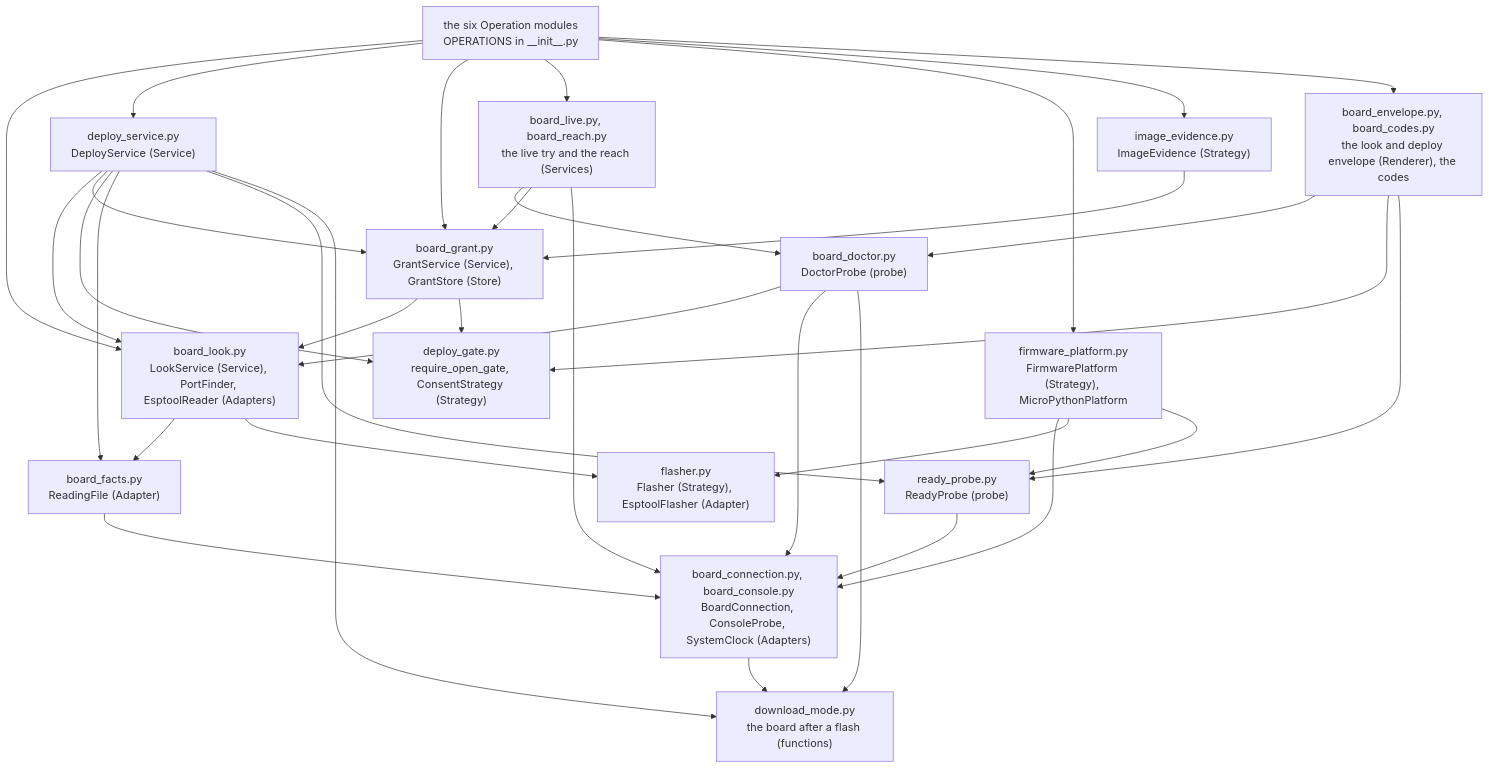
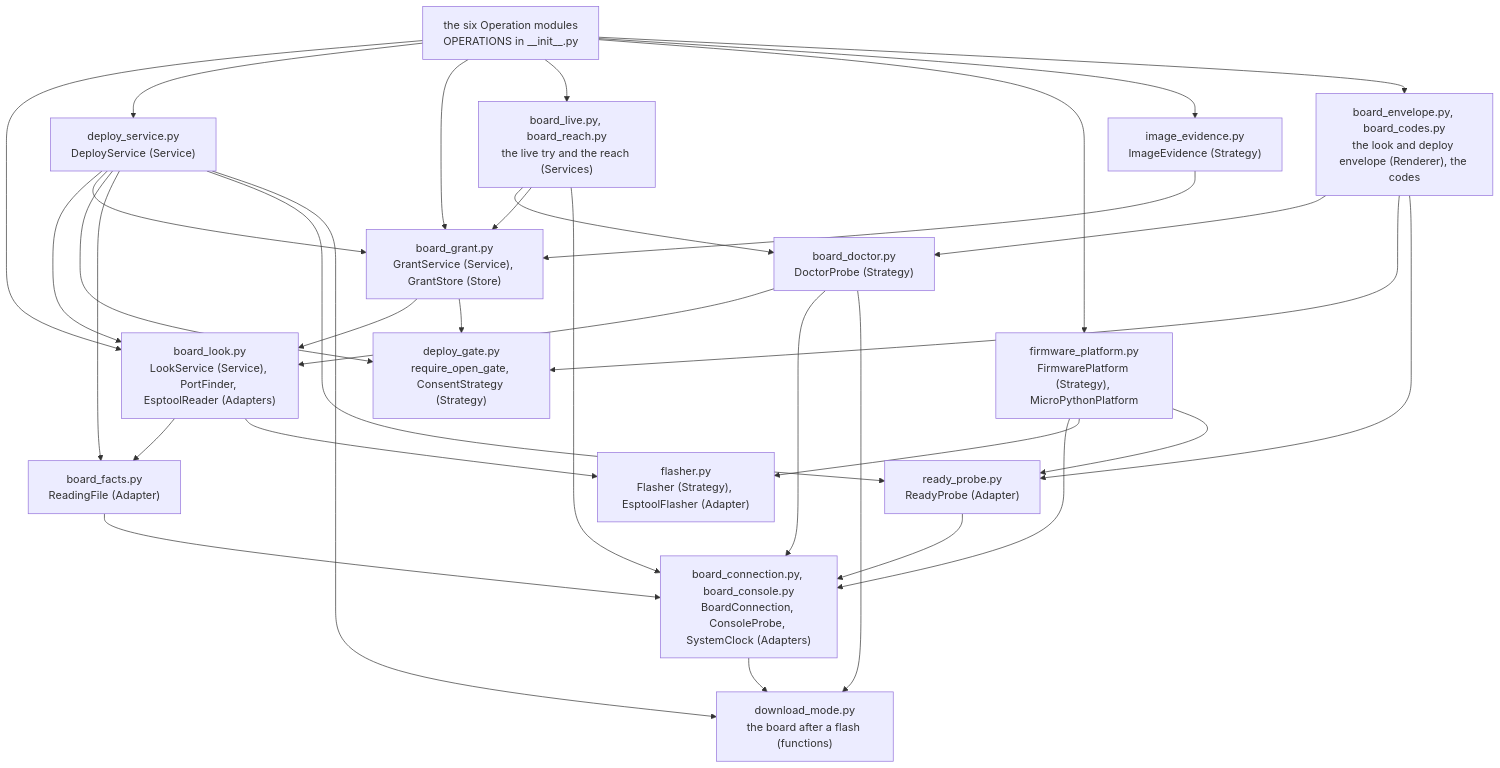
One commit to xmejkal/spark changed the first of 3 diagrams in docs/discovery/2026-10-19-p323-target-architecture/architecture/areas/bench.md. Above: the diagram before and after it, drawn with Mermaid. The commit also changed 1 other file, not shown here.

Commit message:
P680: the rows of the renames (each plan claim checked), the area diagram's stereotypes
Claude-Session: https://claude.ai/code/session_01FVemmhPkPmvgVvB1JoNcN7

````diff
--- a/docs/discovery/2026-10-19-p323-target-architecture/architecture/areas/bench.md
+++ b/docs/discovery/2026-10-19-p323-target-architecture/architecture/areas/bench.md
@@ -35,37 +35,37 @@
 ```mermaid
 flowchart TB
   OPS["the six Operation modules<br/>OPERATIONS in __init__.py"]
   OPS --> LOOK["board_look.py<br/>LookService (Service), PortFinder, EsptoolReader (Adapters)"]
   OPS --> DEP["deploy_service.py<br/>DeployService (Service)"]
   OPS --> GRANT["board_grant.py<br/>GrantService (Service), GrantStore (Store)"]
   OPS --> LIVE["board_live.py, board_reach.py<br/>the live try and the reach (Services)"]
   OPS --> PLAT["firmware_platform.py<br/>FirmwarePlatform (Strategy), MicroPythonPlatform"]
   OPS --> EV["image_evidence.py<br/>ImageEvidence (Strategy)"]
   OPS --> ENV["board_envelope.py, board_codes.py<br/>the look and deploy envelope (Renderer), the codes"]
   DEP --> LOOK
   DEP --> GRANT
   DEP --> GATE["deploy_gate.py<br/>require_open_gate, ConsentStrategy (Strategy)"]
   DEP --> FACTS["board_facts.py<br/>ReadingFile (Adapter)"]
-  DEP --> READY["ready_probe.py<br/>ReadyProbe (probe)"]
+  DEP --> READY["ready_probe.py<br/>ReadyProbe (Adapter)"]
   DEP --> DM["download_mode.py<br/>the board after a flash (functions)"]
   GRANT --> LOOK
   GRANT --> GATE
-  LIVE --> DOC["board_doctor.py<br/>DoctorProbe (probe)"]
+  LIVE --> DOC["board_doctor.py<br/>DoctorProbe (Strategy)"]
   LIVE --> GRANT
   LIVE --> CONN["board_connection.py, board_console.py<br/>BoardConnection, ConsoleProbe, SystemClock (Adapters)"]
   DOC --> LOOK
   DOC --> CONN
   DOC --> DM
   ENV --> DOC
   ENV --> GATE
   ENV --> READY
   LOOK --> FACTS
   LOOK --> FL["flasher.py<br/>Flasher (Strategy), EsptoolFlasher (Adapter)"]
   PLAT --> CONN
   PLAT --> FL
   PLAT --> READY
   EV --> GRANT
   READY --> CONN
   FACTS --> CONN
   CONN --> DM
 ```
````
